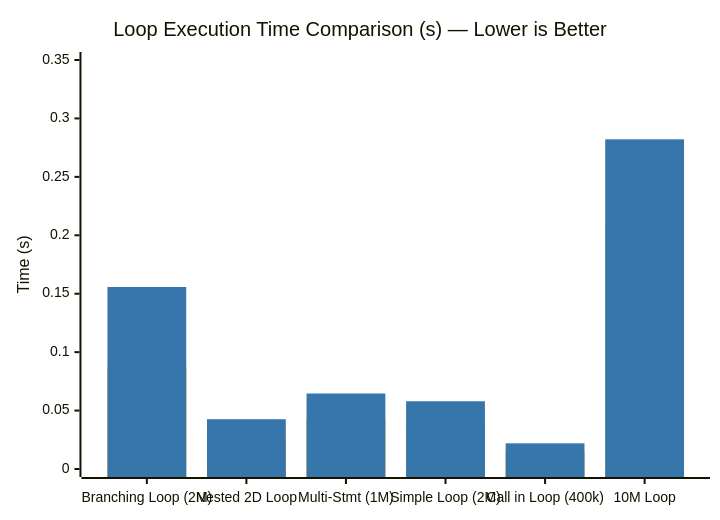
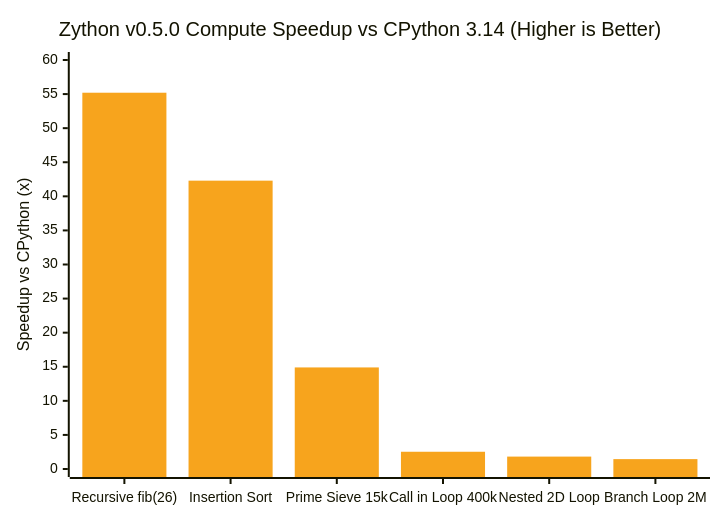
One commit to babar-xagi/zython- changed the first of 3 diagrams in final_sumary.md. Above: the diagram before and after it, drawn with Mermaid. The commit also changed other lines of this file and 15 other files, not shown here.

````diff
--- a/final_sumary.md
+++ b/final_sumary.md
@@ -95,9 +95,8 @@
 ```mermaid
-%%{init: {"themeVariables": {"xyChart": {"plotColorPalette": "#F7A41D, #3776AB"}}}}%%
+%%{init: {"themeVariables": {"xyChart": {"plotColorPalette": "#F7A41D"}}}}%%
 xychart-beta
-    title "Loop Execution Time Comparison (s) — Lower is Better"
-    x-axis ["Branching Loop (2M)", "Nested 2D Loop", "Multi-Stmt (1M)", "Simple Loop (2M)", "Call in Loop (400k)", "10M Loop"]
-    y-axis "Time (s)" 0.0 --> 0.35
-    bar [0.08723, 0.02547, 0.04312, 0.03877, 0.01532, 0.20840]
-    bar [0.15575, 0.04261, 0.06461, 0.05796, 0.02197, 0.28212]
+    title "Zython v0.5.0 Compute Speedup vs CPython 3.14 (Higher is Better)"
+    x-axis ["Recursive fib(26)", "Insertion Sort", "Prime Sieve 15k", "Call in Loop 400k", "Nested 2D Loop", "Branch Loop 2M"]
+    y-axis "Speedup vs CPython (x)" 0 --> 60.0
+    bar [55.2, 42.3, 14.9, 2.53, 1.82, 1.45]
 ```
````
